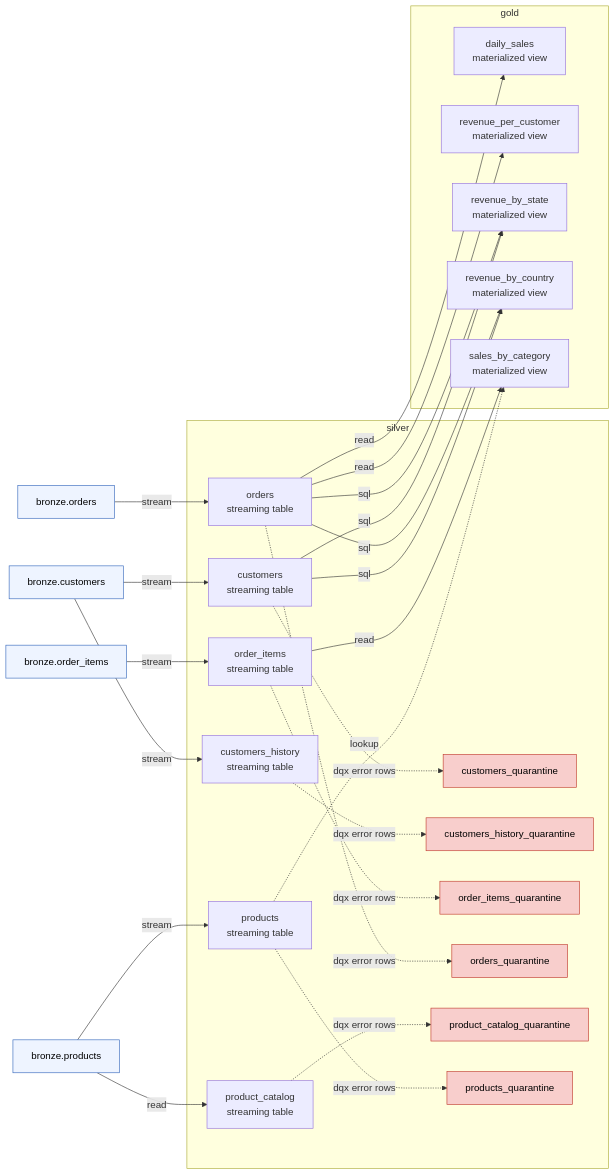
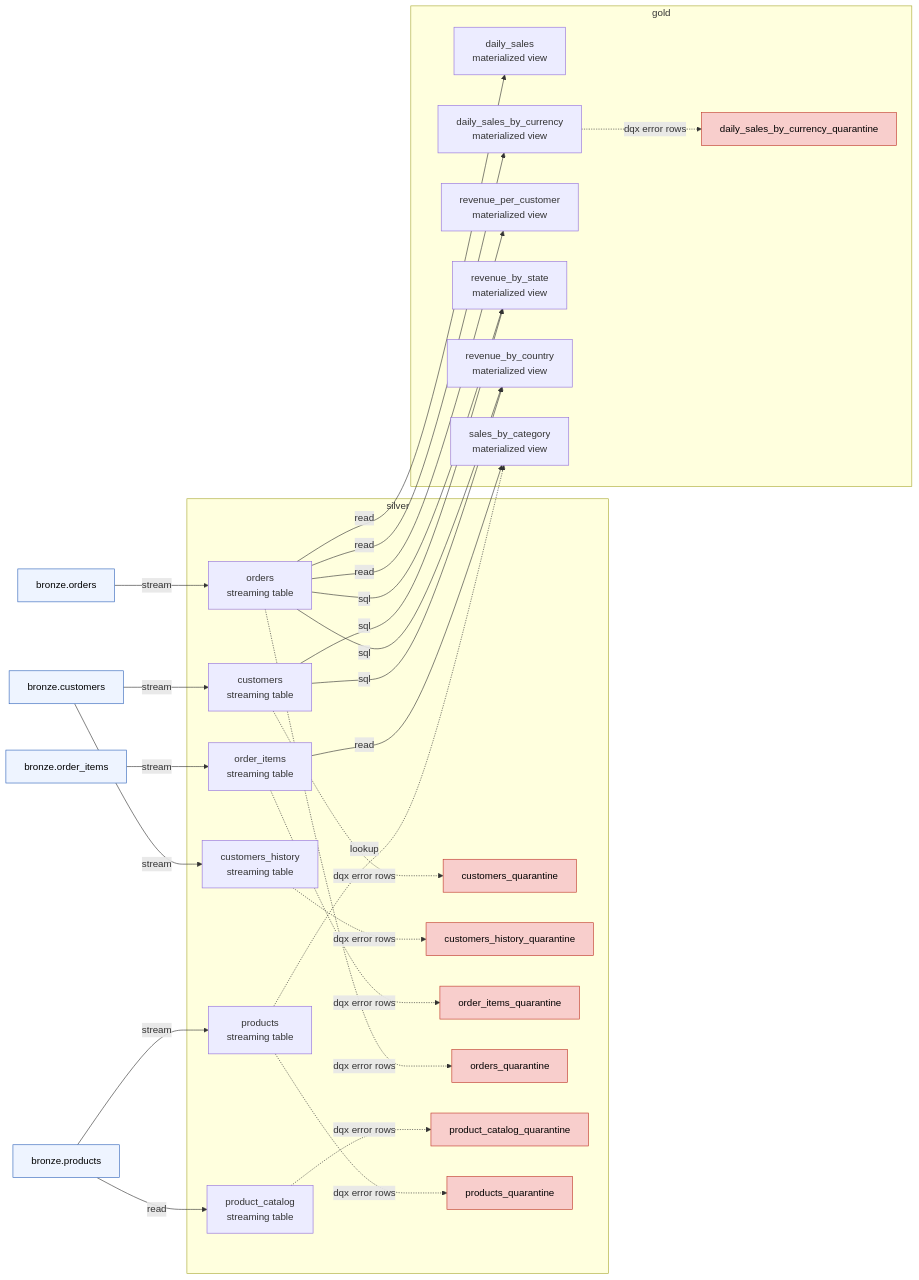
Before and after one commit to Vegash09/Demo_Lab: the second of 2 diagrams in design/PIPELINES.md, drawn with Mermaid. The commit also changed other lines of this file and 8 other files, not shown here.

First line of the commit message:
feat(sales): add gold.daily_sales_by_currency aggregate (#85)

````diff
--- a/design/PIPELINES.md
+++ b/design/PIPELINES.md
@@ -42,50 +42,54 @@
 ```mermaid
 flowchart LR
   sales__bronze__customers["bronze.customers"]:::source
   sales__bronze__order_items["bronze.order_items"]:::source
   sales__bronze__orders["bronze.orders"]:::source
   sales__bronze__products["bronze.products"]:::source
   subgraph sales__layer__silver["silver"]
     sales__silver__customers["customers<br/>streaming table"]
     sales__silver__customers_quarantine["customers_quarantine"]:::quarantine
     sales__silver__customers_history["customers_history<br/>streaming table"]
     sales__silver__customers_history_quarantine["customers_history_quarantine"]:::quarantine
     sales__silver__order_items["order_items<br/>streaming table"]
     sales__silver__order_items_quarantine["order_items_quarantine"]:::quarantine
     sales__silver__orders["orders<br/>streaming table"]
     sales__silver__orders_quarantine["orders_quarantine"]:::quarantine
     sales__silver__product_catalog["product_catalog<br/>streaming table"]
     sales__silver__product_catalog_quarantine["product_catalog_quarantine"]:::quarantine
     sales__silver__products["products<br/>streaming table"]
     sales__silver__products_quarantine["products_quarantine"]:::quarantine
   end
   subgraph sales__layer__gold["gold"]
     sales__gold__daily_sales["daily_sales<br/>materialized view"]
+    sales__gold__daily_sales_by_currency["daily_sales_by_currency<br/>materialized view"]
+    sales__gold__daily_sales_by_currency_quarantine["daily_sales_by_currency_quarantine"]:::quarantine
     sales__gold__revenue_per_customer["revenue_per_customer<br/>materialized view"]
     sales__gold__revenue_by_state["revenue_by_state<br/>materialized view"]
     sales__gold__revenue_by_country["revenue_by_country<br/>materialized view"]
     sales__gold__sales_by_category["sales_by_category<br/>materialized view"]
   end
   sales__bronze__customers -->|"stream"| sales__silver__customers
   sales__silver__customers -.->|"dqx error rows"| sales__silver__customers_quarantine
   sales__bronze__customers -->|"stream"| sales__silver__customers_history
   sales__silver__customers_history -.->|"dqx error rows"| sales__silver__customers_history_quarantine
   sales__bronze__order_items -->|"stream"| sales__silver__order_items
   sales__silver__order_items -.->|"dqx error rows"| sales__silver__order_items_quarantine
   sales__bronze__orders -->|"stream"| sales__silver__orders
   sales__silver__orders -.->|"dqx error rows"| sales__silver__orders_quarantine
   sales__bronze__products -->|"read"| sales__silver__product_catalog
   sales__silver__product_catalog -.->|"dqx error rows"| sales__silver__product_catalog_quarantine
   sales__bronze__products -->|"stream"| sales__silver__products
   sales__silver__products -.->|"dqx error rows"| sales__silver__products_quarantine
   sales__silver__orders -->|"read"| sales__gold__daily_sales
+  sales__silver__orders -->|"read"| sales__gold__daily_sales_by_currency
+  sales__gold__daily_sales_by_currency -.->|"dqx error rows"| sales__gold__daily_sales_by_currency_quarantine
   sales__silver__orders -->|"read"| sales__gold__revenue_per_customer
   sales__silver__orders -->|"sql"| sales__gold__revenue_by_state
   sales__silver__customers -->|"sql"| sales__gold__revenue_by_state
   sales__silver__orders -->|"sql"| sales__gold__revenue_by_country
   sales__silver__customers -->|"sql"| sales__gold__revenue_by_country
   sales__silver__order_items -->|"read"| sales__gold__sales_by_category
   sales__silver__products -.->|"lookup"| sales__gold__sales_by_category
   classDef source fill:#eef4ff,stroke:#3366bb,color:#000
   classDef quarantine fill:#f8cecc,stroke:#c0392b,color:#000
 ```
````
